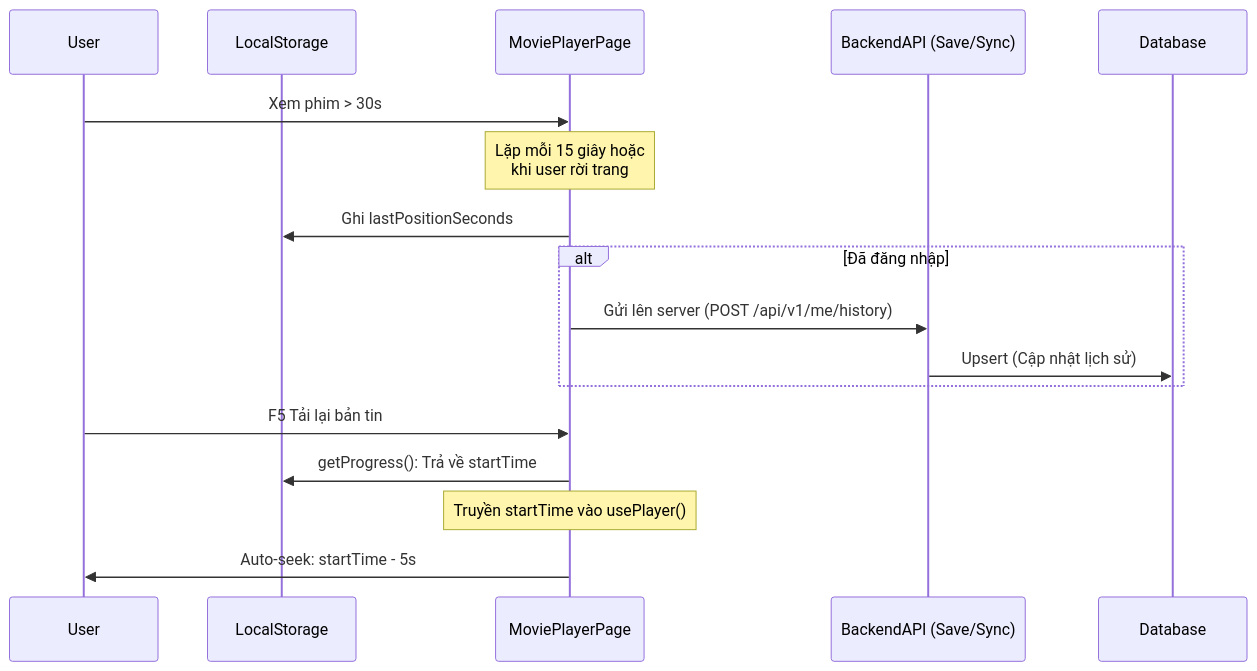
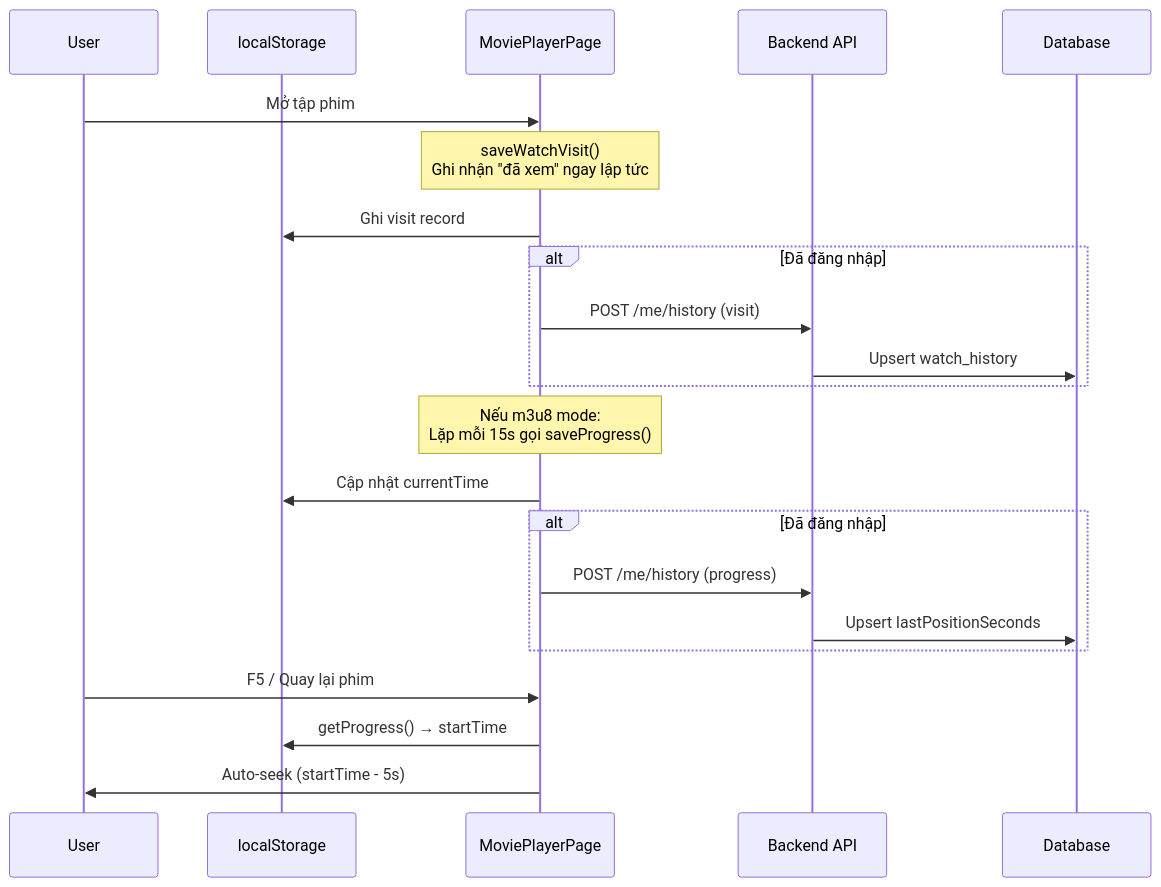
Before and after one commit to nan-ntn36/anime3d-chill: the first of 2 diagrams in document/phase-3/day12-watch-progress-code.md, drawn with Mermaid. The commit also changed other lines of this file and 9 other files, not shown here.

Commit message:
update: page ThungPhim and guestId

````diff
--- a/document/phase-3/day12-watch-progress-code.md
+++ b/document/phase-3/day12-watch-progress-code.md
@@ -7,21 +7,30 @@
 ```mermaid
 sequenceDiagram
     participant User
-    participant LocalStorage
-    participant MoviePlayerPage
-    participant BackendAPI (Save/Sync)
-    participant Database
+    participant LS as localStorage
+    participant Page as MoviePlayerPage
+    participant API as Backend API
+    participant DB as Database
 
-    User->>MoviePlayerPage: Xem phim > 30s
-    Note over MoviePlayerPage: Lặp mỗi 15 giây hoặc <br/>khi user rời trang
-    MoviePlayerPage->>LocalStorage: Ghi lastPositionSeconds
+    User->>Page: Mở tập phim
+
+    Note over Page: saveWatchVisit()<br/>Ghi nhận "đã xem" ngay lập tức
+
+    Page->>LS: Ghi visit record
     alt Đã đăng nhập
-        MoviePlayerPage->>BackendAPI (Save/Sync): Gửi lên server (POST /api/v1/me/history)
-        BackendAPI (Save/Sync)->>Database: Upsert (Cập nhật lịch sử)
+        Page->>API: POST /me/history (visit)
+        API->>DB: Upsert watch_history
     end
-    
-    User->>MoviePlayerPage: F5 Tải lại bản tin
-    MoviePlayerPage->>LocalStorage: getProgress(): Trả về startTime
-    Note over MoviePlayerPage: Truyền startTime vào usePlayer()
-    MoviePlayerPage->>User: Auto-seek: startTime - 5s
+
+    Note over Page: Nếu m3u8 mode:<br/>Lặp mỗi 15s gọi saveProgress()
+
+    Page->>LS: Cập nhật currentTime
+    alt Đã đăng nhập
+        Page->>API: POST /me/history (progress)
+        API->>DB: Upsert lastPositionSeconds
+    end
+
+    User->>Page: F5 / Quay lại phim
+    Page->>LS: getProgress() → startTime
+    Page->>User: Auto-seek (startTime - 5s)
 ```
````
